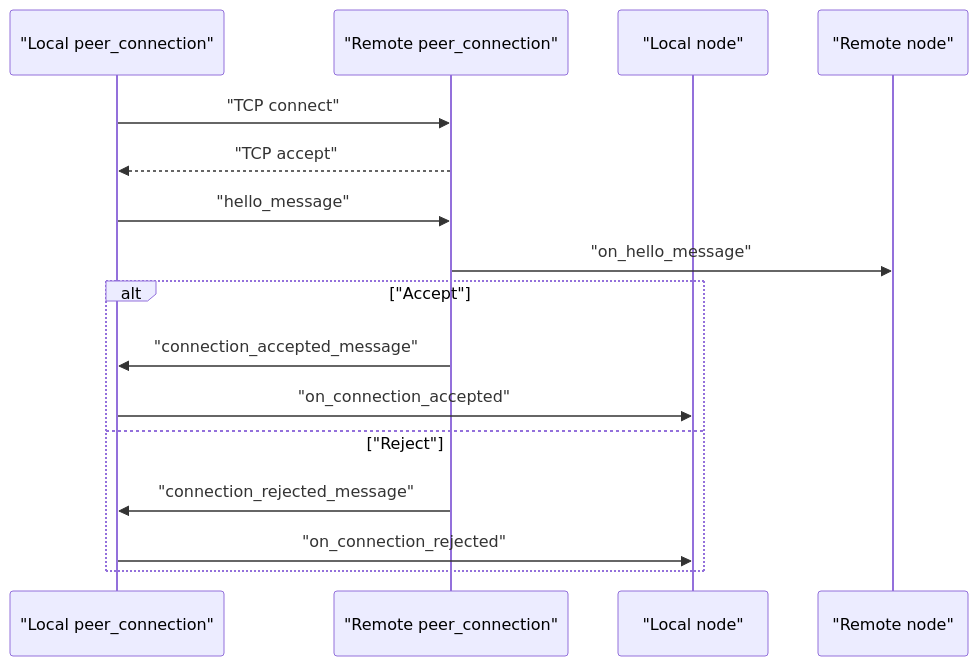
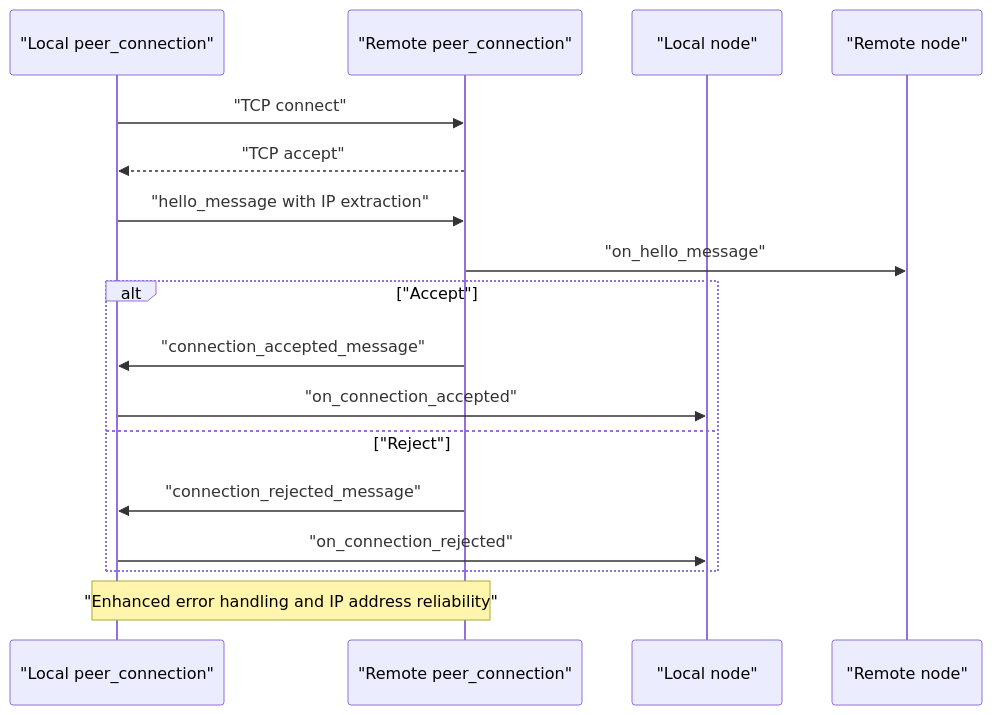
Before and after one commit to VIZ-Blockchain/viz-cpp-node: the sixth of 9 diagrams in .qoder/repowiki/en/content/Architecture Overview/Core Libraries/Network Library/Peer Connection Management.md, drawn with Mermaid. The commit also changed other lines of this file and 3 other files, not shown here.

````diff
--- a/.qoder/repowiki/en/content/Architecture Overview/Core Libraries/Network Library/Peer Connection Management.md
+++ b/.qoder/repowiki/en/content/Architecture Overview/Core Libraries/Network Library/Peer Connection Management.md
@@ -284,18 +297,19 @@
 ```mermaid
 sequenceDiagram
 participant Local as "Local peer_connection"
 participant Remote as "Remote peer_connection"
 participant Node as "Local node"
 participant RemoteNode as "Remote node"
 Local->>Remote : "TCP connect"
 Remote-->>Local : "TCP accept"
-Local->>Remote : "hello_message"
+Local->>Remote : "hello_message with IP extraction"
 Remote->>RemoteNode : "on_hello_message"
 alt "Accept"
 Remote->>Local : "connection_accepted_message"
 Local->>Node : "on_connection_accepted"
 else "Reject"
 Remote->>Local : "connection_rejected_message"
 Local->>Node : "on_connection_rejected"
 end
+Note over Local,Remote : "Enhanced error handling and IP address reliability"
 ```
````
